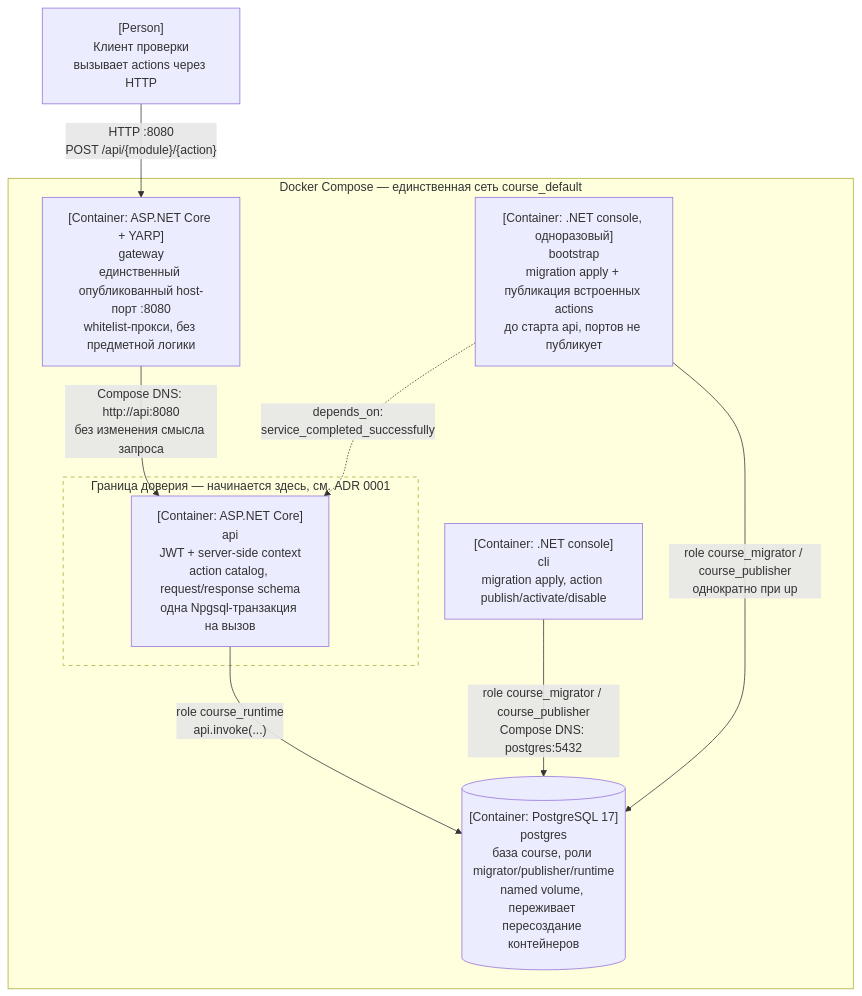
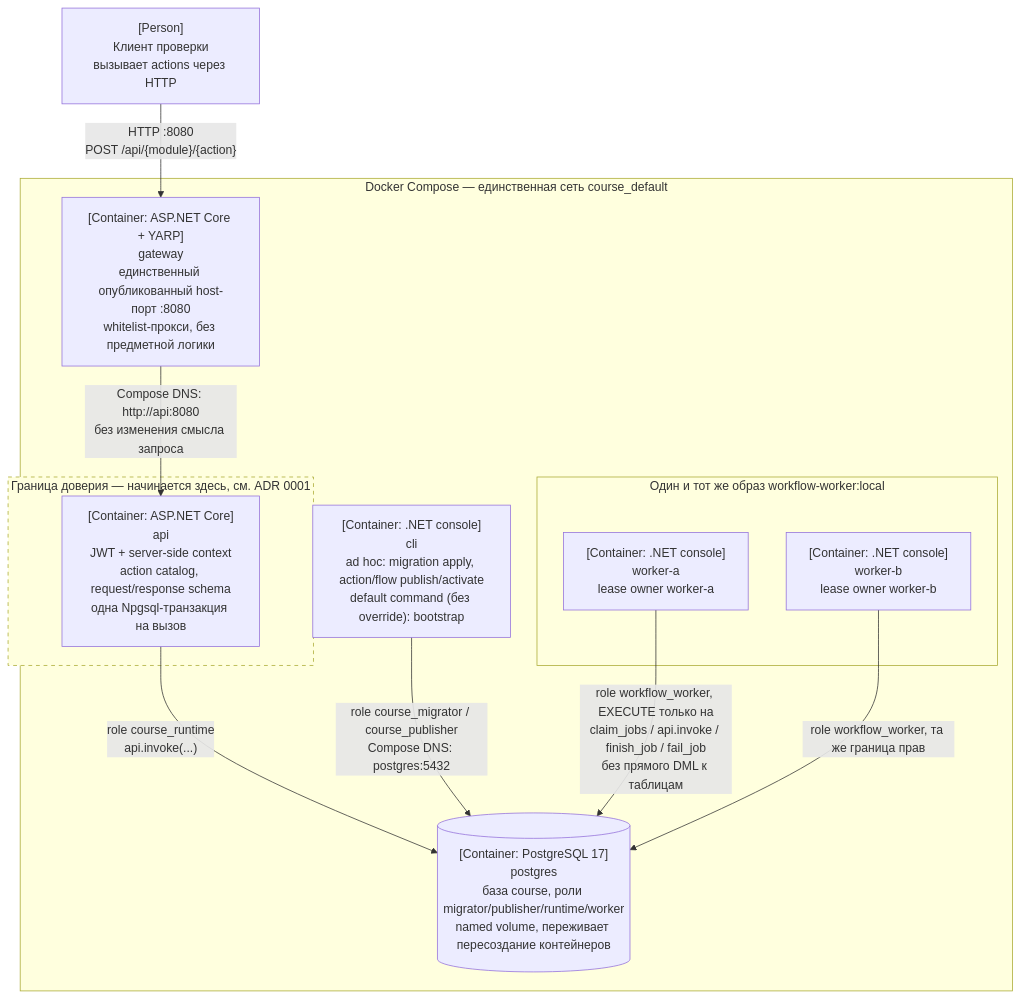
The diagram in docs/c4/container.md (OnixxTeam/onix-modulebank), drawn with Mermaid before and after one commit. The commit also changed other lines of this file and 171 other files, not shown here.

````diff
--- a/docs/c4/container.md
+++ b/docs/c4/container.md
@@ -9,26 +9,30 @@
 ```mermaid
 flowchart TB
     client["[Person]<br/>Клиент проверки<br/>вызывает actions через HTTP"]
 
     subgraph compose["Docker Compose — единственная сеть course_default"]
         gateway["[Container: ASP.NET Core + YARP]<br/>gateway<br/>единственный опубликованный host-порт :8080<br/>whitelist-прокси, без предметной логики"]
 
         subgraph trust["Граница доверия — начинается здесь, см. ADR 0001"]
             api["[Container: ASP.NET Core]<br/>api<br/>JWT + server-side context<br/>action catalog, request/response schema<br/>одна Npgsql-транзакция на вызов"]
         end
 
-        cli["[Container: .NET console]<br/>cli<br/>migration apply, action publish/activate/disable"]
-        bootstrap["[Container: .NET console, одноразовый]<br/>bootstrap<br/>migration apply + публикация встроенных actions<br/>до старта api, портов не публикует"]
+        cli["[Container: .NET console]<br/>cli<br/>ad hoc: migration apply, action/flow publish/activate<br/>default command (без override): bootstrap"]
 
-        postgres[("[Container: PostgreSQL 17]<br/>postgres<br/>база course, роли migrator/publisher/runtime<br/>named volume, переживает пересоздание контейнеров")]
+        subgraph workers["Один и тот же образ workflow-worker:local"]
+            workera["[Container: .NET console]<br/>worker-a<br/>lease owner worker-a"]
+            workerb["[Container: .NET console]<br/>worker-b<br/>lease owner worker-b"]
+        end
+
+        postgres[("[Container: PostgreSQL 17]<br/>postgres<br/>база course, роли migrator/publisher/runtime/worker<br/>named volume, переживает пересоздание контейнеров")]
     end
 
     client -->|"HTTP :8080<br/>POST /api/{module}/{action}"| gateway
     gateway -->|"Compose DNS: http://api:8080<br/>без изменения смысла запроса"| api
     api -->|"role course_runtime<br/>api.invoke(...)"| postgres
     cli -->|"role course_migrator / course_publisher<br/>Compose DNS: postgres:5432"| postgres
-    bootstrap -->|"role course_migrator / course_publisher<br/>однократно при up"| postgres
-    bootstrap -.->|"depends_on:<br/>service_completed_successfully"| api
+    workera -->|"role workflow_worker, EXECUTE только на<br/>claim_jobs / api.invoke / finish_job / fail_job<br/>без прямого DML к таблицам"| postgres
+    workerb -->|"role workflow_worker, та же граница прав"| postgres
 
     style trust stroke-dasharray: 5 5
 ```
````
